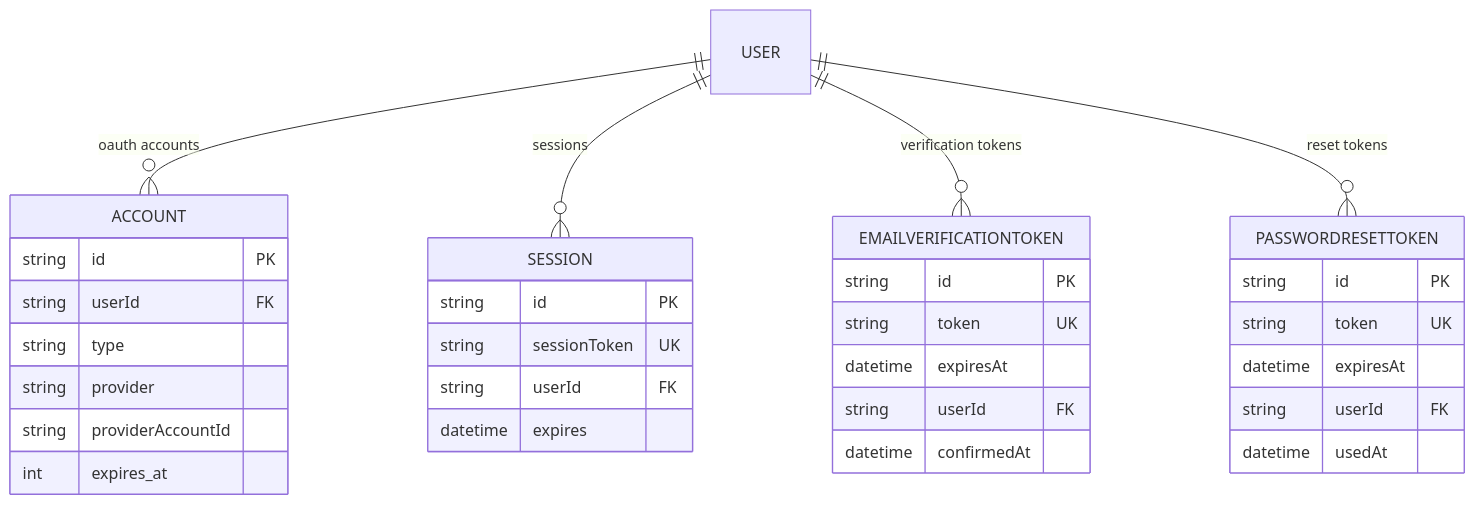
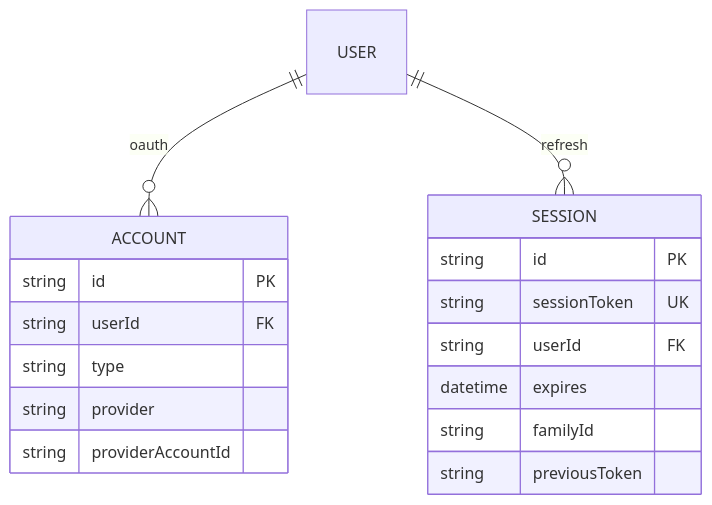
The fourth of 5 diagrams in src/data/docs/talentsync/Database Design/User Management System.md (tashifkhan/tashif.codes), drawn with Mermaid before and after one commit. The commit also changed other lines of this file and 2128 other files, not shown here.

First line of the commit message:
docs: replace raster diagram images with native Mermaid across project guides

````diff
--- a/src/data/docs/talentsync/Database Design/User Management System.md
+++ b/src/data/docs/talentsync/Database Design/User Management System.md
@@ -197,35 +78,20 @@
 ```mermaid
 erDiagram
-USER ||--o{ ACCOUNT : "oauth accounts"
-USER ||--o{ SESSION : "sessions"
-USER ||--o{ EMAILVERIFICATIONTOKEN : "verification tokens"
-USER ||--o{ PASSWORDRESETTOKEN : "reset tokens"
+USER ||--o{ ACCOUNT : "oauth"
+USER ||--o{ SESSION : "refresh"
 ACCOUNT {
-string id PK
-string userId FK
-string type
-string provider
-string providerAccountId
-int expires_at
+  string id PK
+  string userId FK
+  string type
+  string provider
+  string providerAccountId
 }
 SESSION {
-string id PK
-string sessionToken UK
-string userId FK
-datetime expires
-}
-EMAILVERIFICATIONTOKEN {
-string id PK
-string token UK
-datetime expiresAt
-string userId FK
-datetime confirmedAt
-}
-PASSWORDRESETTOKEN {
-string id PK
-string token UK
-datetime expiresAt
-string userId FK
-datetime usedAt
+  string id PK
+  string sessionToken UK
+  string userId FK
+  datetime expires
+  string familyId
+  string previousToken
 }
 ```
````
